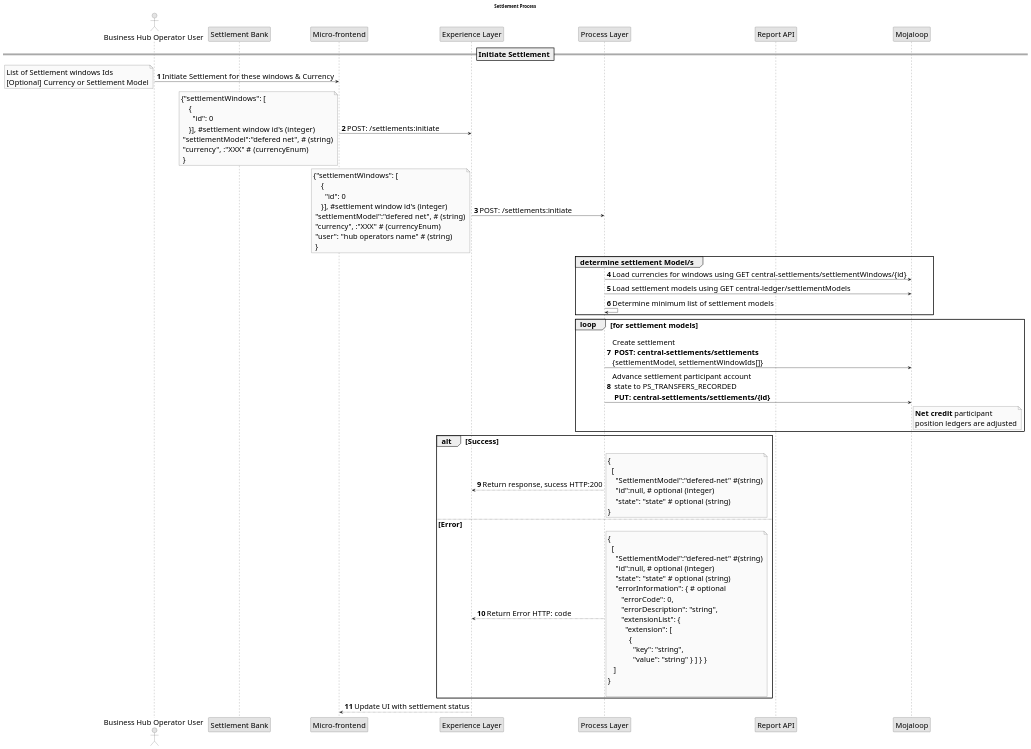
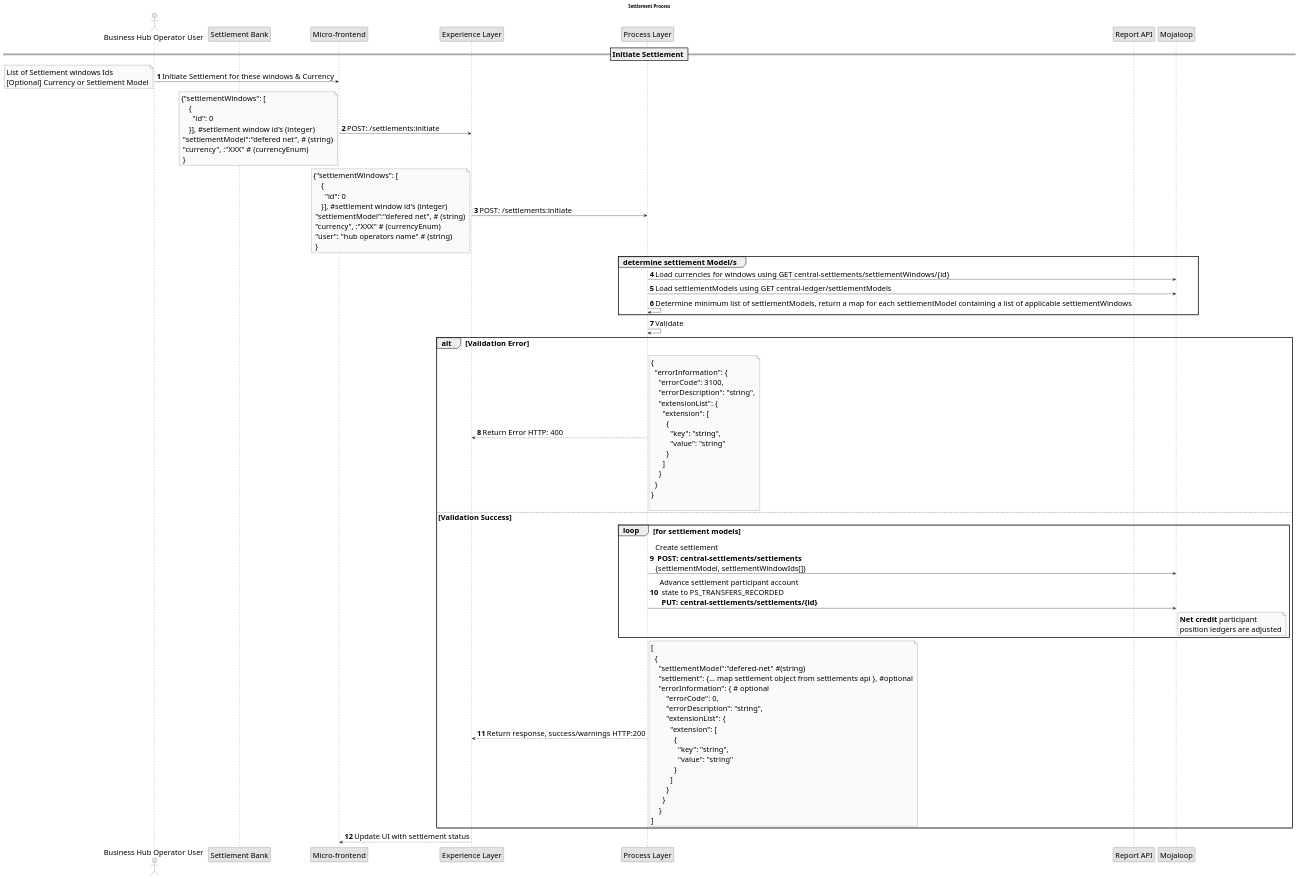
The diagram in PlantUML/SettlementInitiationIErrorCases.plantUML (mojaloop/business-operations-framework-docs), drawn with PlantUML before and after one commit. The commit also changed 4 other files, not shown here.

```diff
--- a/PlantUML/SettlementInitiationIErrorCases.plantUML
+++ b/PlantUML/SettlementInitiationIErrorCases.plantUML
@@ -1,100 +1,111 @@
 @startuml settlementInitiationErrorCases
 skinparam activityFontSize 4
 skinparam activityDiamondFontSize 30
 skinparam activityArrowFontSize 24
 skinparam defaultFontSize 24
 skinparam noteFontSize 24
 skinparam monochrome true
 autonumber
 
 title Settlement Process
 
 actor "Business Hub Operator User" as bu
 
 participant "Settlement Bank" as sbank
 participant "Micro-frontend" as ui
 participant "Experience Layer" as el
 participant "Process Layer" as pl
 participant "Report API" as report
 participant "Mojaloop" as moja
 
 
 == Initiate Settlement ==
 bu->ui: Initiate Settlement for these windows & Currency
 
 note left
 List of Settlement windows Ids
 [Optional] Currency or Settlement Model
 end note
 
 ui->el: POST: /settlements:initiate 
 note left
 {"settlementWindows": [
     {
       "id": 0
     }], #settlement window id's (integer)
  "settlementModel":"defered net", # (string)
  "currency", :"XXX" # (currencyEnum)
  }
 end note
 el->pl: POST: /settlements:initiate
 note left
 {"settlementWindows": [
     {
       "id": 0
     }], #settlement window id's (integer)
  "settlementModel":"defered net", # (string)
  "currency", :"XXX" # (currencyEnum)
  "user": "hub operators name" # (string) 
  }
 end note
 group determine settlement Model/s 
 pl->moja: Load currencies for windows using GET central-settlements/settlementWindows/{id}
-pl->moja: Load settlement models using GET central-ledger/settlementModels 
-pl->pl: Determine minimum list of settlement models
+pl->moja: Load settlementModels using GET central-ledger/settlementModels 
+pl->pl: Determine minimum list of settlementModels, return a map for each settlementModel containing a list of applicable settlementWindows
 end
+pl->pl: Validate
+alt Validation Error
+  pl-->el: Return Error HTTP: 400
 
-loop for settlement models
-pl->moja: Create settlement \n **POST: central-settlements/settlements** \n{settlementModel, settlementWindowIds[]}
-pl->moja: Advance settlement participant account\n state to PS_TRANSFERS_RECORDED \n **PUT: central-settlements/settlements/{id}**
-note right moja
-**Net credit** participant 
-position ledgers are adjusted
-end note
-end loop
-
-alt Success
-pl-->el: Return response, sucess HTTP:200
-note right
- {
-   [
-     "SettlementModel":"defered-net" #(string)
-     "id":null, # optional (integer)
-     "state": "state" # optional (string)
- }
-end note
-else Error
- pl-->el: Return Error HTTP: code
-
-note right
- {
-   [
-     "SettlementModel":"defered-net" #(string)
-     "id":null, # optional (integer)
-     "state": "state" # optional (string)
-     "errorInformation": { # optional
-        "errorCode": 0,
+  note right
+    {
+      "errorInformation": { 
+        "errorCode": 3100,
         "errorDescription": "string",
         "extensionList": {
           "extension": [
             {
               "key": "string",
-              "value": "string" } ] } }
-    ]
- }
+              "value": "string" 
+            }
+          ] 
+        }
+      }
+    }
 
-end note
+  end note
+else Validation Success
+  loop for settlement models
+  pl->moja: Create settlement \n **POST: central-settlements/settlements** \n{settlementModel, settlementWindowIds[]}
+  pl->moja: Advance settlement participant account\n state to PS_TRANSFERS_RECORDED \n **PUT: central-settlements/settlements/{id}**
+  note right moja
+  **Net credit** participant 
+  position ledgers are adjusted
+  end note
+  end loop
+
+  pl-->el: Return response, success/warnings HTTP:200
+  note right
+  [
+    {
+      "settlementModel":"defered-net" #(string)
+      "settlement": {... map settlement object from settlements api }, #optional
+      "errorInformation": { # optional
+          "errorCode": 0,
+          "errorDescription": "string",
+          "extensionList": {
+            "extension": [
+              {
+                "key": "string",
+                "value": "string" 
+              } 
+            ] 
+          } 
+        }
+      }
+  ]
+  end note
 end
 
 el-->ui: Update UI with settlement status
 @enduml
```
